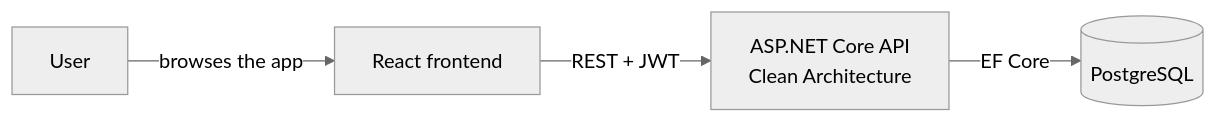
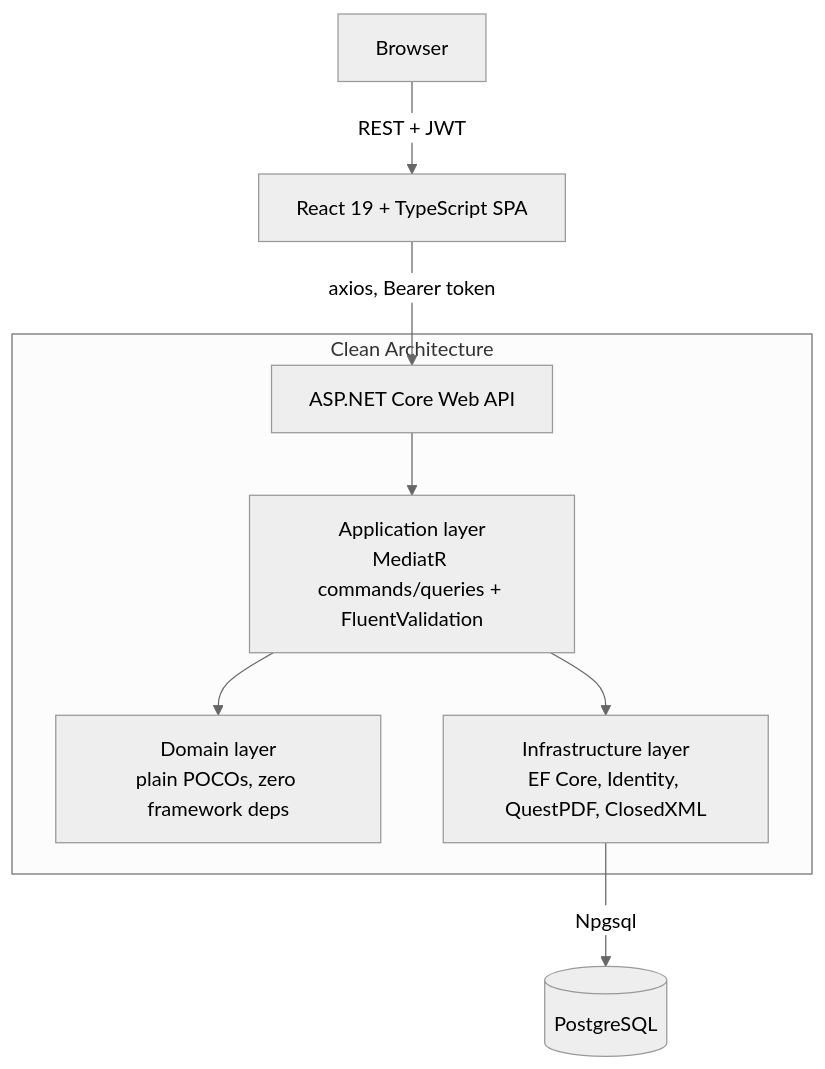
The first of 2 diagrams in README.md (alieldeenahmed/CEMS), drawn with Mermaid (neutral theme) before and after one commit. The commit also changed other lines of this file, not shown here.

````diff
--- a/README.md
+++ b/README.md
@@ -22,6 +85,11 @@
 ```mermaid
-flowchart LR
-    User -->|browses the app| FE[React frontend]
-    FE -->|REST + JWT| API[ASP.NET Core API<br/>Clean Architecture]
-    API -->|EF Core| DB[(PostgreSQL)]
+flowchart TD
+    User[Browser] -->|REST + JWT| FE[React 19 + TypeScript SPA]
+    FE -->|axios, Bearer token| API[ASP.NET Core Web API]
+    subgraph Backend[Clean Architecture]
+        API --> APP[Application layer<br/>MediatR commands/queries + FluentValidation]
+        APP --> DOM[Domain layer<br/>plain POCOs, zero framework deps]
+        APP --> INFRA[Infrastructure layer<br/>EF Core, Identity, QuestPDF, ClosedXML]
+    end
+    INFRA -->|Npgsql| DB[(PostgreSQL)]
 ```
````
